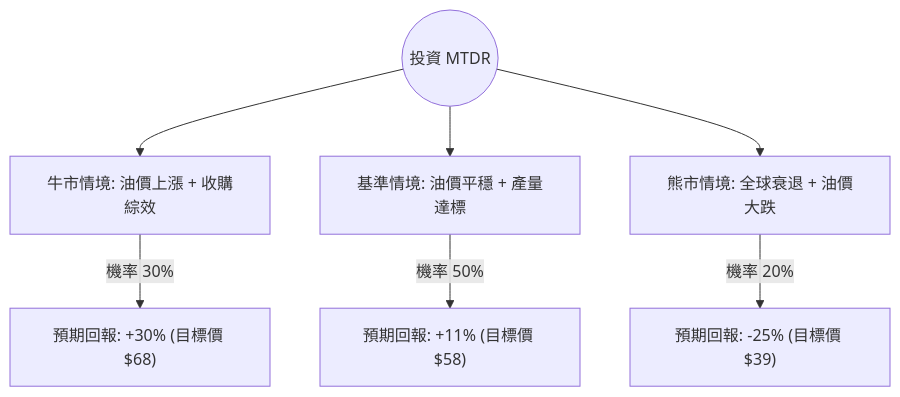
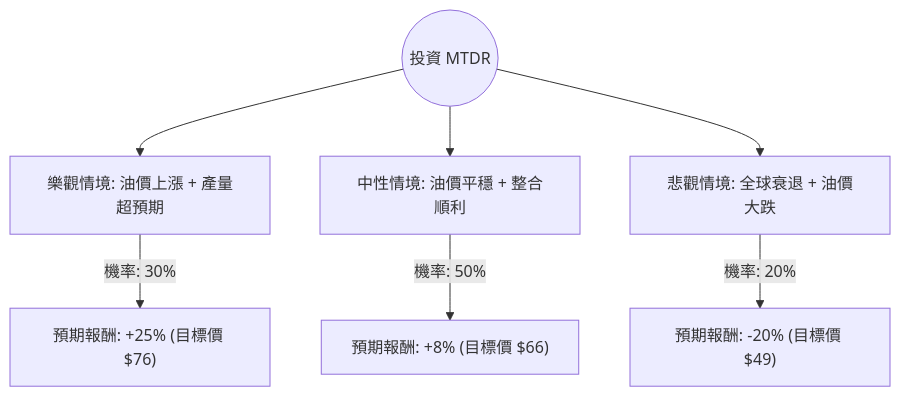
Before and after one commit to zmcx16/zmcx16.github.io: the diagram in plugin-react/ai-analysis/ev-analysis/MTDR.md, drawn with Mermaid. The commit also changed other lines of this file and 73 other files, not shown here.

````diff
--- a/plugin-react/ai-analysis/ev-analysis/MTDR.md
+++ b/plugin-react/ai-analysis/ev-analysis/MTDR.md
@@ -22,10 +20,10 @@
 ```mermaid
 graph TD
-    Start((投資 MTDR)) --> Bull[牛市情境: 油價上漲 + 收購綜效]
-    Start --> Base[基準情境: 油價平穩 + 產量達標]
-    Start --> Bear[熊市情境: 全球衰退 + 油價大跌]
+    Start((投資 MTDR)) --> Bull[樂觀情境: 油價上漲 + 產量超預期]
+    Start --> Base[中性情境: 油價平穩 + 整合順利]
+    Start --> Bear[悲觀情境: 全球衰退 + 油價大跌]
 
-    Bull -- "機率 30%" --> BullVal["預期回報: +30% (目標價 $68)"]
-    Base -- "機率 50%" --> BaseVal["預期回報: +11% (目標價 $58)"]
-    Bear -- "機率 20%" --> BearVal["預期回報: -25% (目標價 $39)"]
+    Bull -- "機率: 30%" --> BullVal["預期報酬: +25% (目標價 $76)"]
+    Base -- "機率: 50%" --> BaseVal["預期報酬: +8% (目標價 $66)"]
+    Bear -- "機率: 20%" --> BearVal["預期報酬: -20% (目標價 $49)"]
 ```
````
